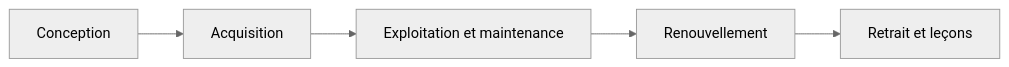
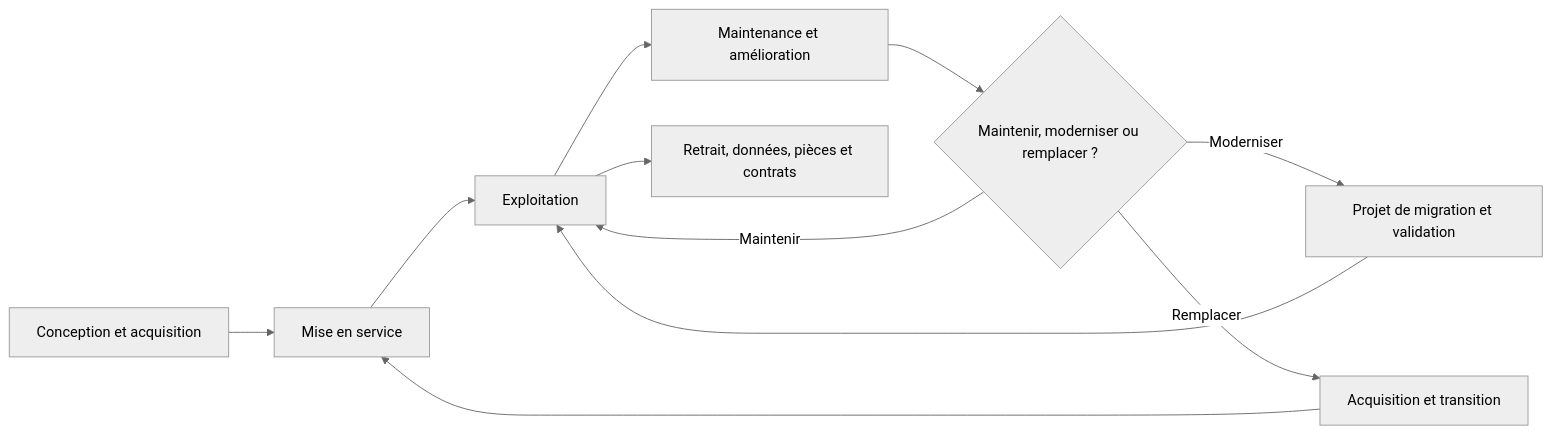
One commit to biggyseven/Skill-Tree changed the fifth of 12 diagrams in content/lessons/maint-strategie-expert.md. Above: the diagram before and after it, drawn with Mermaid (neutral theme). The commit also changed other lines of this file, not shown here.

Commit message:
Approfondir le cours expert sur la stratégie de maintenance

```diff
--- a/content/lessons/maint-strategie-expert.md
+++ b/content/lessons/maint-strategie-expert.md
@@ -86,7 +107,13 @@
 ~~~mermaid
 flowchart LR
-  A[Conception] --> B[Acquisition]
-  B --> C[Exploitation et maintenance]
-  C --> D[Renouvellement]
-  D --> E[Retrait et leçons]
+  A["Conception et acquisition"] --> B["Mise en service"]
+  B --> C["Exploitation"]
+  C --> D["Maintenance et amélioration"]
+  D --> E{"Maintenir, moderniser ou remplacer ?"}
+  E -- "Maintenir" --> C
+  E -- "Moderniser" --> F["Projet de migration et validation"]
+  E -- "Remplacer" --> G["Acquisition et transition"]
+  F --> C
+  G --> B
+  C --> H["Retrait, données, pièces et contrats"]
 ~~~
```
